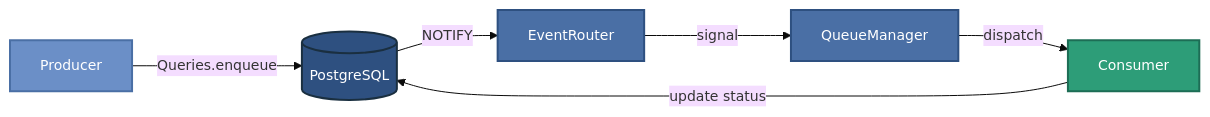
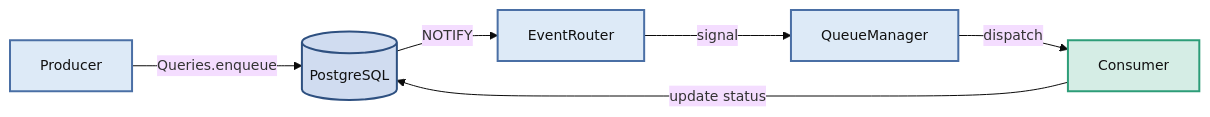
The first of 3 diagrams in docs/reference/architecture.md (janbjorge/pgqueuer), drawn with Mermaid before and after one commit. The commit also changed other lines of this file and 2 other files, not shown here.

First line of the commit message:
docs: fix diagram contrast — light fills with dark text

````diff
--- a/docs/reference/architecture.md
+++ b/docs/reference/architecture.md
@@ -9,25 +9,25 @@
 ```mermaid
 %%{init: {'theme': 'base', 'themeVariables': {'fontSize': '14px', 'fontFamily': 'Inter, sans-serif'}}}%%
 flowchart LR
     P[Producer]
     DB[(PostgreSQL)]
     R[EventRouter]
     QM[QueueManager]
     C[Consumer]
 
     P -->|Queries.enqueue| DB
     DB -->|NOTIFY| R
     R -->|signal| QM
     QM -->|dispatch| C
     C -->|update status| DB
 
-    classDef producer fill:#6B8FC7,stroke:#4A6FA5,stroke-width:2px,color:#fff
-    classDef database fill:#2E5080,stroke:#1a2f40,stroke-width:2px,color:#fff
-    classDef router  fill:#4A6FA5,stroke:#2E5080,stroke-width:2px,color:#fff
-    classDef consumer fill:#2D9D78,stroke:#1d6d55,stroke-width:2px,color:#fff
+    classDef producer fill:#DDEAF7,stroke:#4A6FA5,stroke-width:2px,color:#111
+    classDef database fill:#D0DCF0,stroke:#2E5080,stroke-width:2px,color:#111
+    classDef router   fill:#DDEAF7,stroke:#4A6FA5,stroke-width:2px,color:#111
+    classDef consumer fill:#D5EDE5,stroke:#2D9D78,stroke-width:2px,color:#111
 
     class P producer
     class DB database
     class R,QM router
     class C consumer
 ```
````
